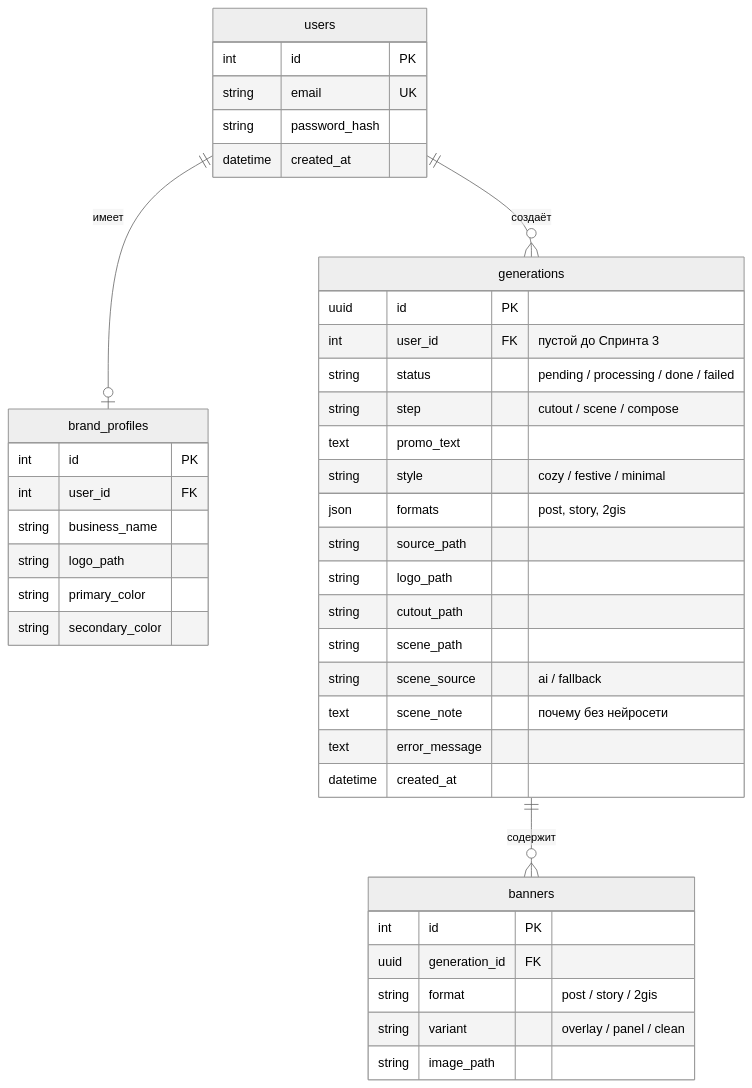
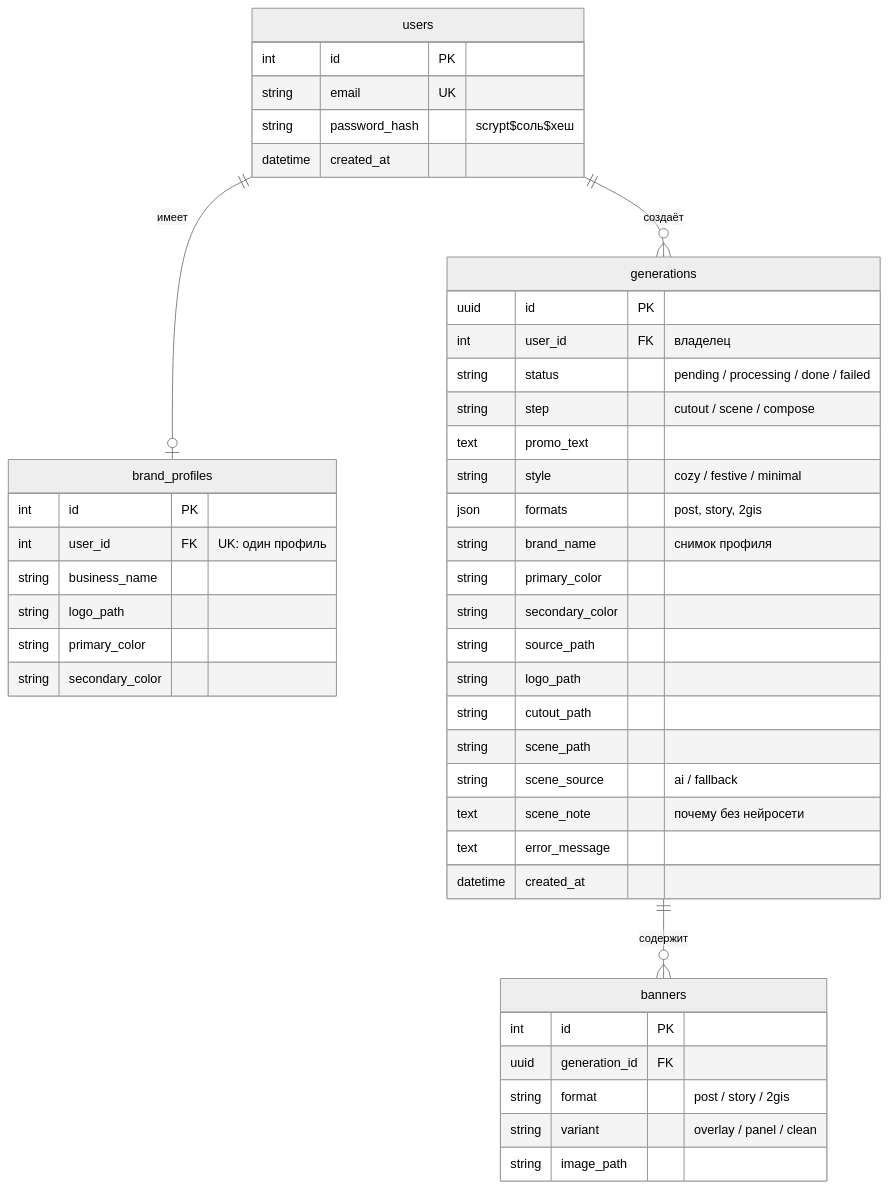
The fourth of 4 diagrams in docs/ARCHITECTURE.md (Aqudai/ADGen_AI1), drawn with Mermaid (neutral theme) before and after one commit. The commit also changed other lines of this file and 42 other files, not shown here.

````diff
--- a/docs/ARCHITECTURE.md
+++ b/docs/ARCHITECTURE.md
@@ -124,45 +128,48 @@
 ```mermaid
 erDiagram
     users ||--o| brand_profiles : "имеет"
     users ||--o{ generations : "создаёт"
     generations ||--o{ banners : "содержит"
 
     users {
         int id PK
         string email UK
-        string password_hash
+        string password_hash "scrypt$соль$хеш"
         datetime created_at
     }
     brand_profiles {
         int id PK
-        int user_id FK
+        int user_id FK "UK: один профиль"
         string business_name
         string logo_path
         string primary_color
         string secondary_color
     }
     generations {
         uuid id PK
-        int user_id FK "пустой до Спринта 3"
+        int user_id FK "владелец"
         string status "pending / processing / done / failed"
         string step "cutout / scene / compose"
         text promo_text
         string style "cozy / festive / minimal"
         json formats "post, story, 2gis"
+        string brand_name "снимок профиля"
+        string primary_color
+        string secondary_color
         string source_path
         string logo_path
         string cutout_path
         string scene_path
         string scene_source "ai / fallback"
         text scene_note "почему без нейросети"
         text error_message
         datetime created_at
     }
     banners {
         int id PK
         uuid generation_id FK
         string format "post / story / 2gis"
         string variant "overlay / panel / clean"
         string image_path
     }
 ```
````
